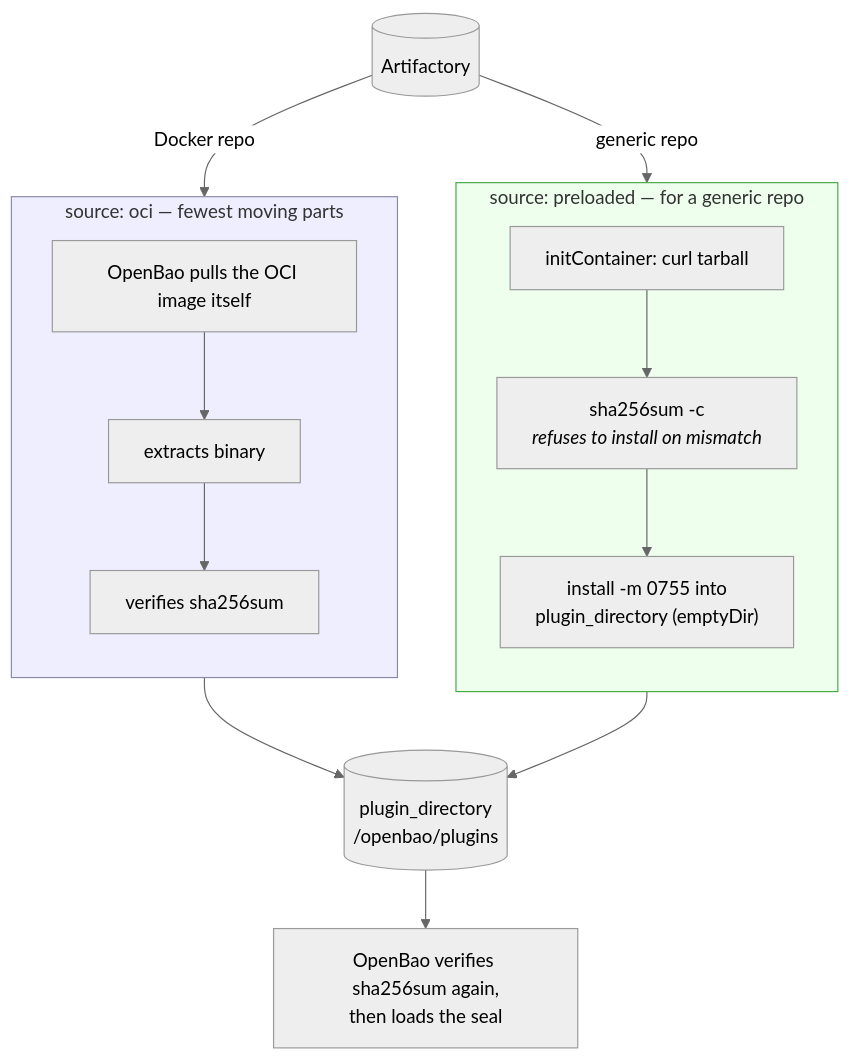
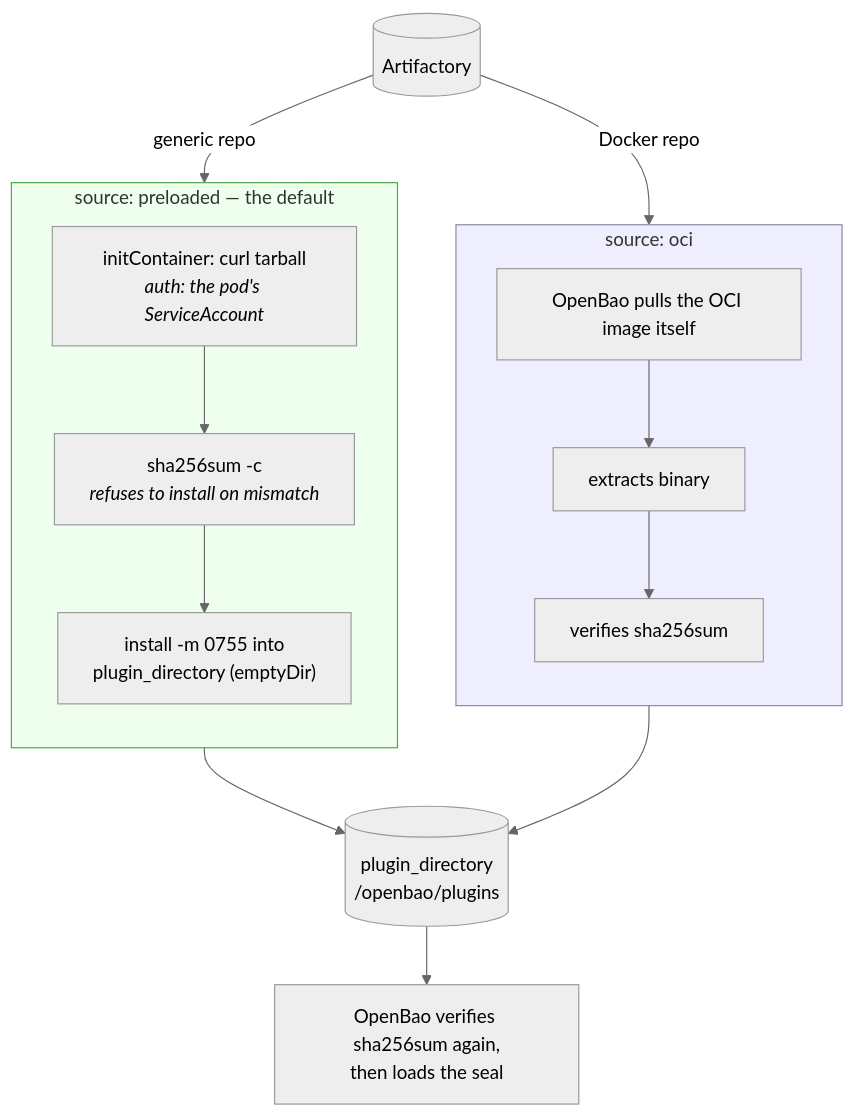
Before and after one commit to datahattrick/openbao-chart: the second of 5 diagrams in docs/SEAL.md, drawn with Mermaid (neutral theme). The commit also changed other lines of this file and 3 other files, not shown here.

````diff
--- a/docs/SEAL.md
+++ b/docs/SEAL.md
@@ -41,23 +41,23 @@
 ```mermaid
 flowchart TB
     art[("Artifactory")]
 
-    subgraph oci["source: oci  — fewest moving parts"]
+    subgraph pre["source: preloaded — the default"]
+        direction TB
+        p1["initContainer: curl tarball<br/><i>auth: the pod's ServiceAccount</i>"] --> p2["sha256sum -c<br/><i>refuses to install on mismatch</i>"] --> p3["install -m 0755 into<br/>plugin_directory (emptyDir)"]
+    end
+
+    subgraph oci["source: oci"]
         direction TB
         o1["OpenBao pulls the OCI image itself"] --> o2["extracts binary"] --> o3["verifies sha256sum"]
     end
 
-    subgraph pre["source: preloaded — for a generic repo"]
-        direction TB
-        p1["initContainer: curl tarball"] --> p2["sha256sum -c<br/><i>refuses to install on mismatch</i>"] --> p3["install -m 0755 into<br/>plugin_directory (emptyDir)"]
-    end
-
+    art -->|"generic repo"| pre
     art -->|"Docker repo"| oci
-    art -->|"generic repo"| pre
-    oci --> pd[("plugin_directory<br/>/openbao/plugins")]
-    pre --> pd
+    pre --> pd[("plugin_directory<br/>/openbao/plugins")]
+    oci --> pd
     pd --> bao["OpenBao verifies sha256sum again,<br/>then loads the seal"]
 
+    style pre fill:#efe,stroke:#4a4
     style oci fill:#eef,stroke:#88a
-    style pre fill:#efe,stroke:#4a4
 ```
````
